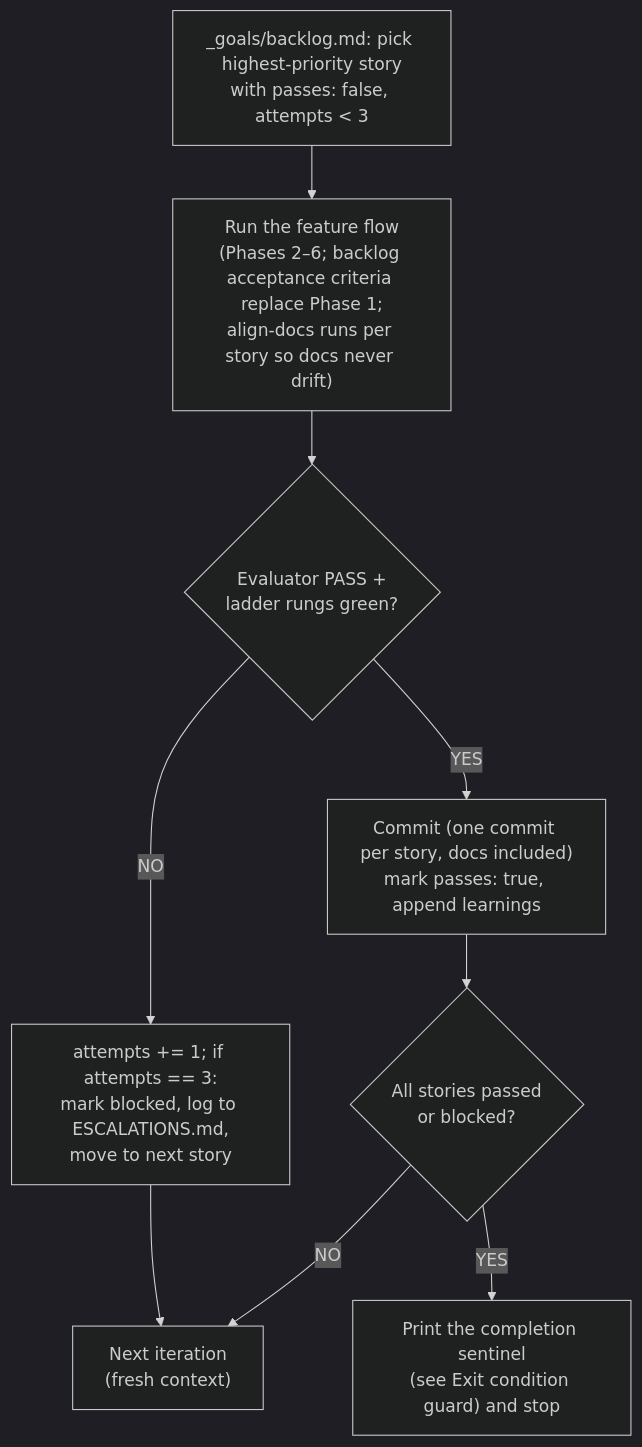
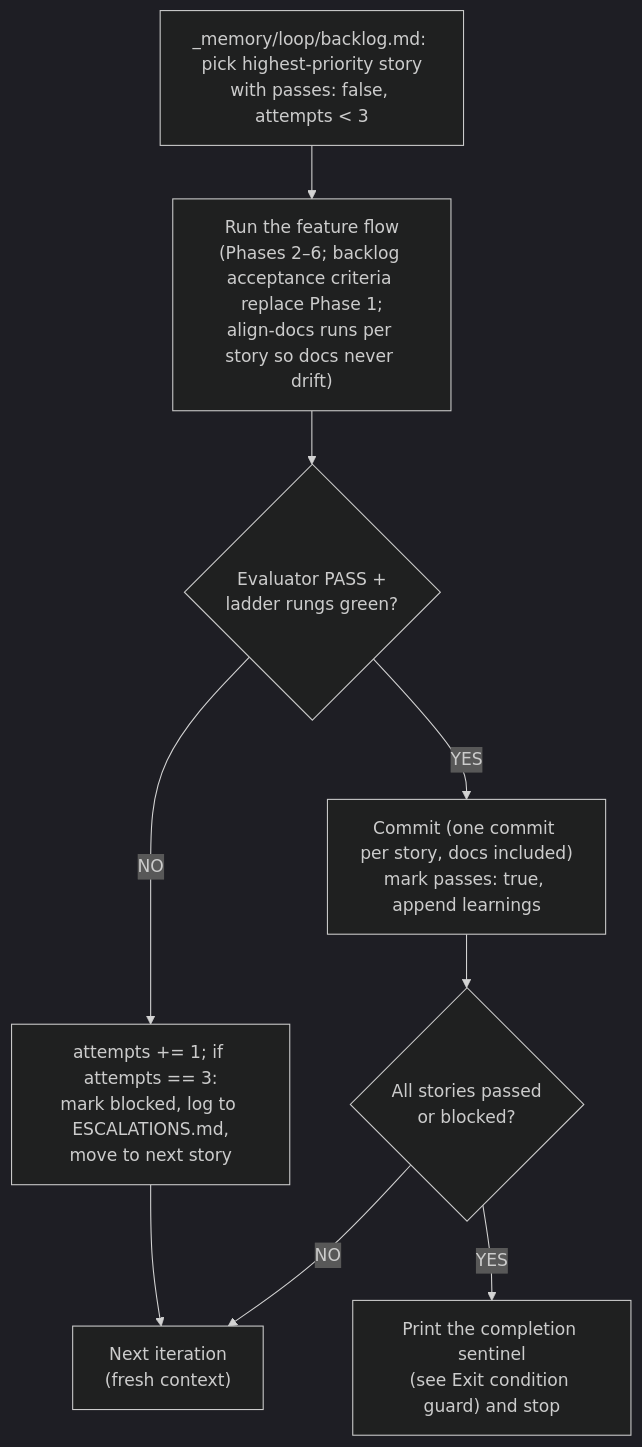
The fourth of 5 diagrams in skills/agent-kit/templates/ORCHESTRATION.md (kdcllc/skills), drawn with Mermaid (dark theme) before and after one commit. The commit also changed other lines of this file and 273 other files, not shown here.

````diff
--- a/skills/agent-kit/templates/ORCHESTRATION.md
+++ b/skills/agent-kit/templates/ORCHESTRATION.md
@@ -742,20 +742,20 @@
 ```mermaid
 flowchart TD
-    Pick["_goals/backlog.md: pick highest-priority story\nwith passes: false, attempts < 3"]
+    Pick["_memory/loop/backlog.md: pick highest-priority story\nwith passes: false, attempts < 3"]
     RunFlow["Run the feature flow\n(Phases 2–6; backlog acceptance criteria replace Phase 1;\nalign-docs runs per story so docs never drift)"]
     Gate{"Evaluator PASS +\nladder rungs green?"}
     Blocked["attempts += 1; if attempts == 3:\nmark blocked, log to ESCALATIONS.md,\nmove to next story"]
     CommitStory["Commit (one commit per story, docs included)\nmark passes: true, append learnings"]
     AllDone{"All stories passed\nor blocked?"}
     Sentinel["Print the completion sentinel\n(see Exit condition guard) and stop"]
     NextIter["Next iteration\n(fresh context)"]
 
     Pick --> RunFlow
     RunFlow --> Gate
     Gate -->|NO| Blocked
     Gate -->|YES| CommitStory
     Blocked --> NextIter
     CommitStory --> AllDone
     AllDone -->|YES| Sentinel
     AllDone -->|NO| NextIter
 ```
````
